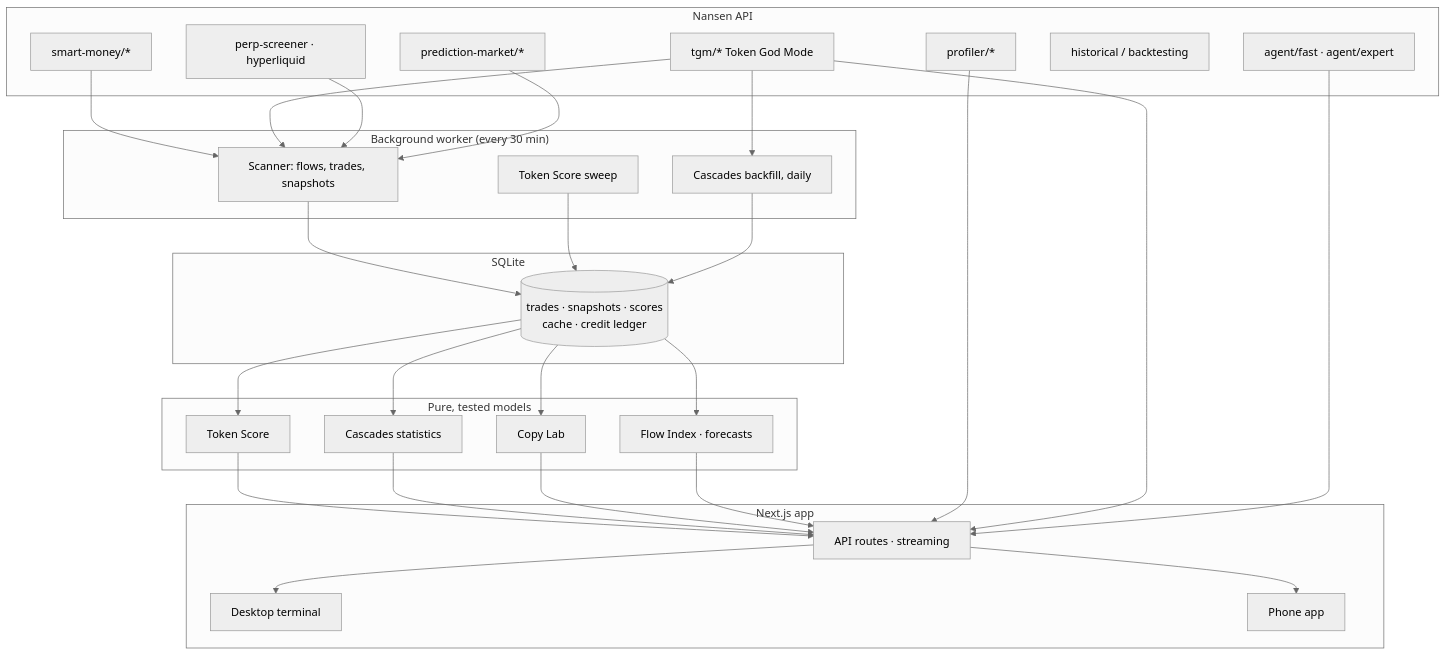
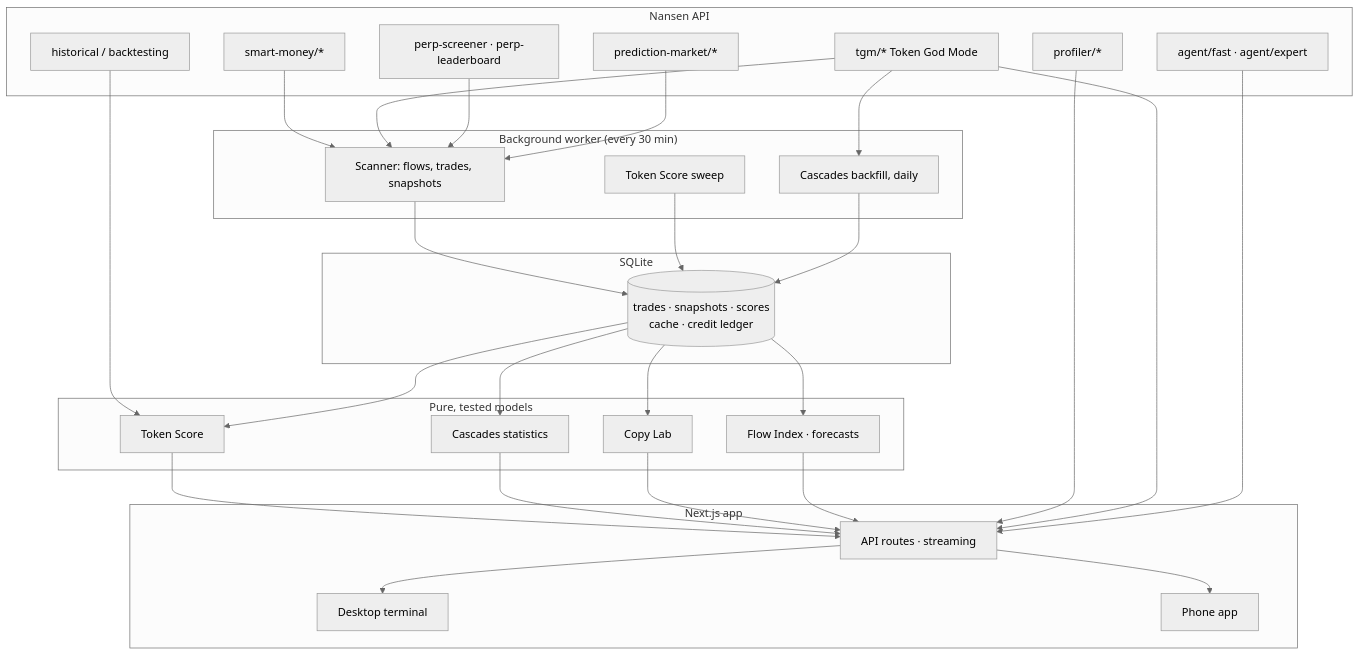
One commit to ghostCODERWEB/peregrine-multichain changed the fourth of 5 diagrams in README.md. Above: the diagram before and after it, drawn with Mermaid (neutral theme). The commit also changed other lines of this file and 32 other files, not shown here.

First line of the commit message:
README: real charts, feature GIFs and Nansen API coverage

````diff
--- a/README.md
+++ b/README.md
@@ -263,39 +350,40 @@
 ```mermaid
 flowchart TB
   subgraph Nansen API
     SM[smart-money/*]
     TGM[tgm/* Token God Mode]
     PR[profiler/*]
-    HL[perp-screener · hyperliquid]
+    HL[perp-screener · perp-leaderboard]
     PM[prediction-market/*]
     BT[historical / backtesting]
     AG[agent/fast · agent/expert]
   end
   subgraph Worker["Background worker (every 30 min)"]
     SC[Scanner: flows, trades, snapshots]
     SW[Token Score sweep]
     CB[Cascades backfill, daily]
   end
   subgraph Store["SQLite"]
     DB[(trades · snapshots · scores<br/>cache · credit ledger)]
   end
   subgraph Models["Pure, tested models"]
     M1[Token Score]
     M2[Cascades statistics]
     M3[Copy Lab]
     M4[Flow Index · forecasts]
   end
   subgraph App["Next.js app"]
     UI[Desktop terminal]
     PH[Phone app]
     API[API routes · streaming]
   end
   SM & TGM & HL & PM --> SC
   TGM --> CB
+  BT --> M1
   SC & SW & CB --> DB
   DB --> M1 & M2 & M3 & M4
   M1 & M2 & M3 & M4 --> API
   PR & TGM --> API
   AG --> API
   API --> UI & PH
 ```
````
